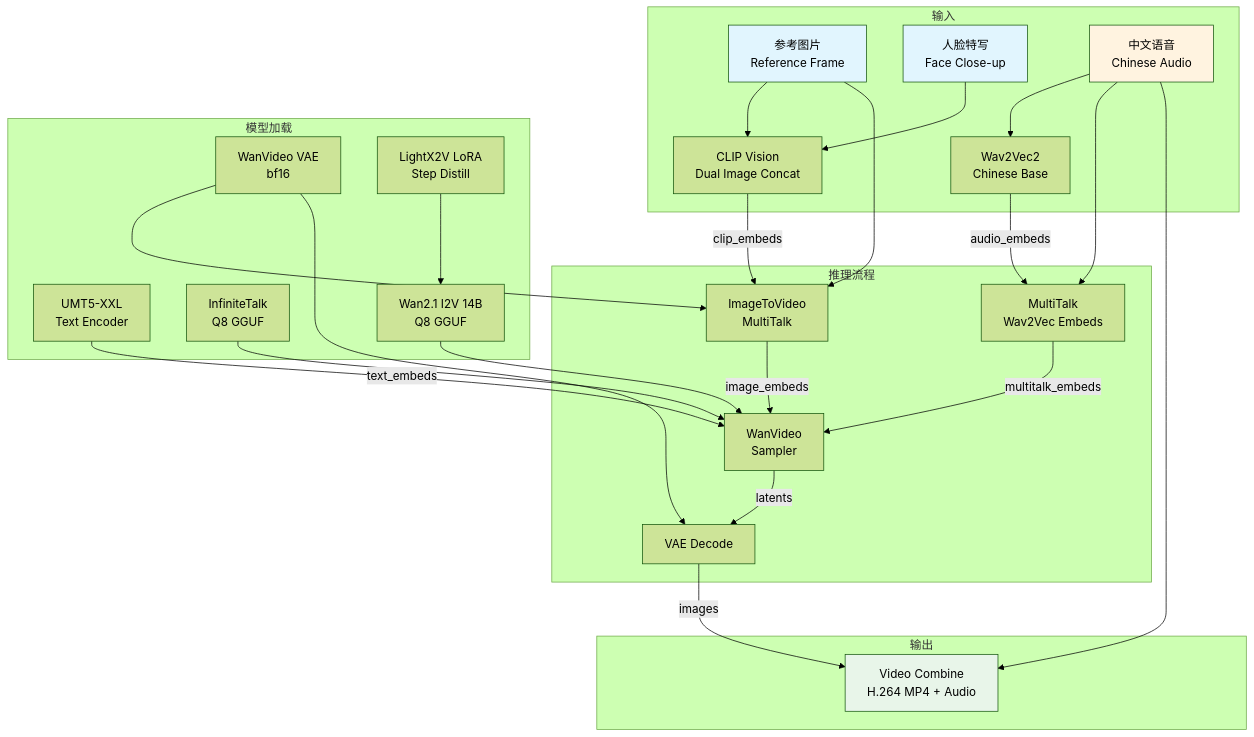
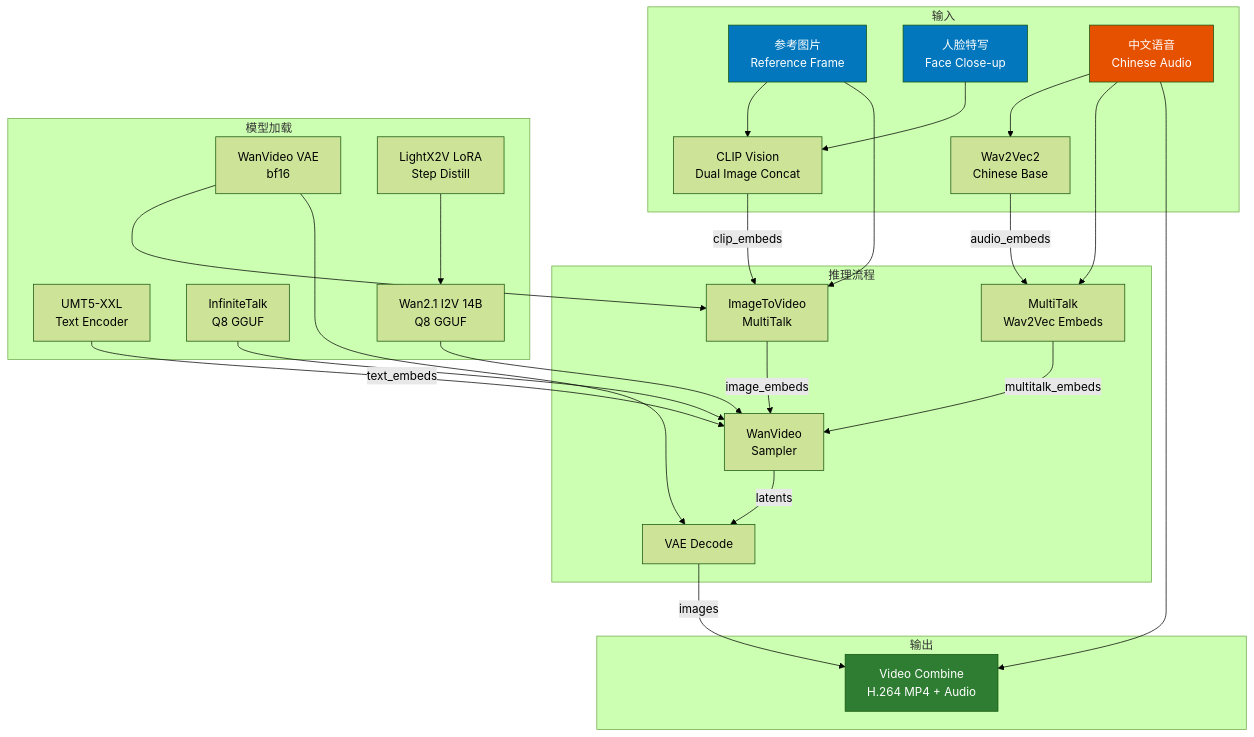
Before and after one commit to boat2moon/infinitetalk-comfyui-workflow: the diagram in README.md, drawn with Mermaid (forest theme).

Commit message:
Fix mermaid node colors: use dark backgrounds with white text for readability

````diff
--- a/README.md
+++ b/README.md
@@ -23,46 +23,46 @@
 ```mermaid
 flowchart TD
     subgraph 输入
         A[参考图片<br/>Reference Frame] --> CLIP
         B[人脸特写<br/>Face Close-up] --> CLIP
         C[中文语音<br/>Chinese Audio] --> W2V
     end
 
     subgraph 模型加载
         VAE[WanVideo VAE<br/>bf16]
         TE[UMT5-XXL<br/>Text Encoder]
         CLIP[CLIP Vision<br/>Dual Image Concat]
         W2V[Wav2Vec2<br/>Chinese Base]
         IT[InfiniteTalk<br/>Q8 GGUF]
         I2V[Wan2.1 I2V 14B<br/>Q8 GGUF]
         LORA[LightX2V LoRA<br/>Step Distill]
     end
 
     subgraph 推理流程
         CLIP --> |clip_embeds| IMG[ImageToVideo<br/>MultiTalk]
         VAE --> IMG
         A --> IMG
         W2V --> |audio_embeds| EMB[MultiTalk<br/>Wav2Vec Embeds]
         C --> EMB
 
         TE --> |text_embeds| SAM[WanVideo<br/>Sampler]
         IMG --> |image_embeds| SAM
         EMB --> |multitalk_embeds| SAM
         I2V --> SAM
         IT --> SAM
         LORA --> I2V
 
         SAM --> |latents| DEC[VAE Decode]
         VAE --> DEC
     end
 
     subgraph 输出
         DEC --> |images| VID[Video Combine<br/>H.264 MP4 + Audio]
         C --> VID
     end
 
-    style A fill:#e1f5fe
-    style B fill:#e1f5fe
-    style C fill:#fff3e0
-    style VID fill:#e8f5e9
+    style A fill:#0277bd,color:#fff
+    style B fill:#0277bd,color:#fff
+    style C fill:#e65100,color:#fff
+    style VID fill:#2e7d32,color:#fff
 ```
````
